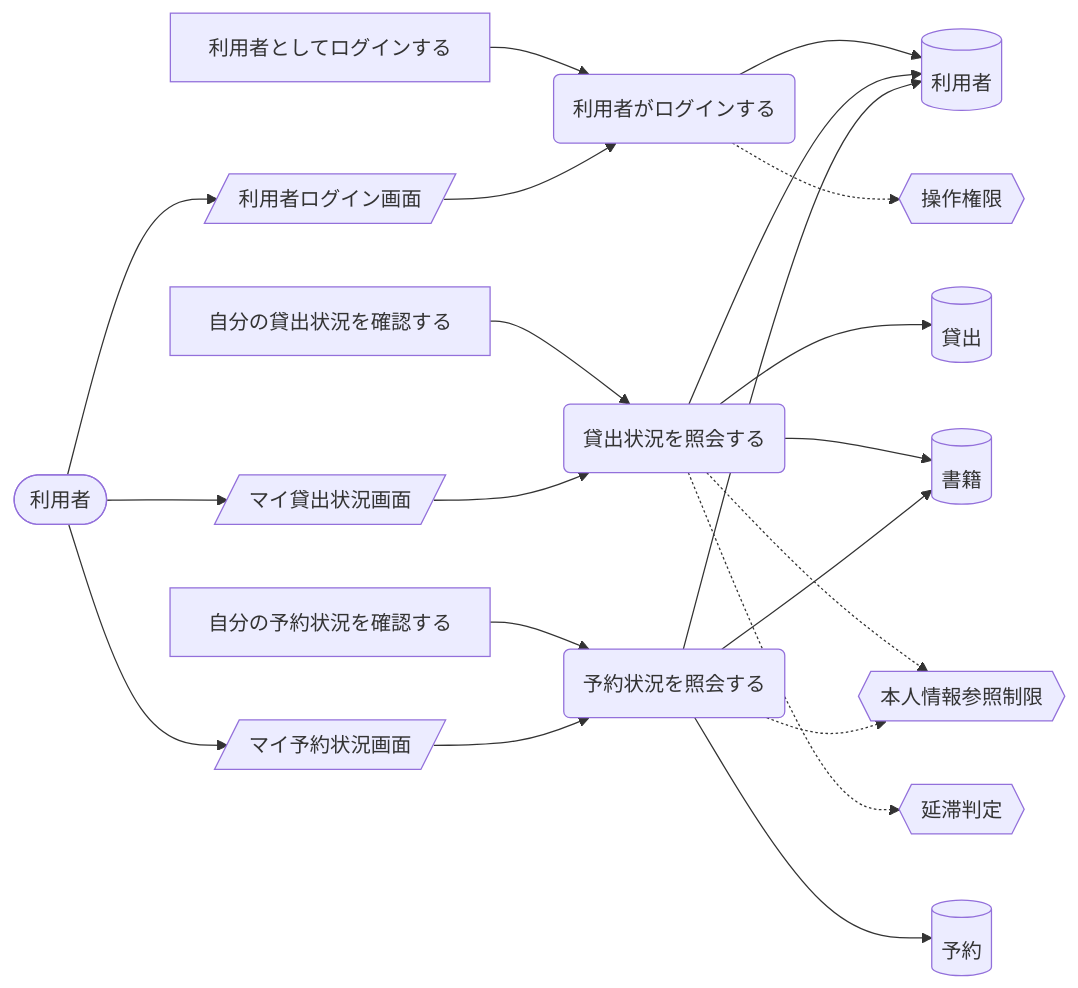
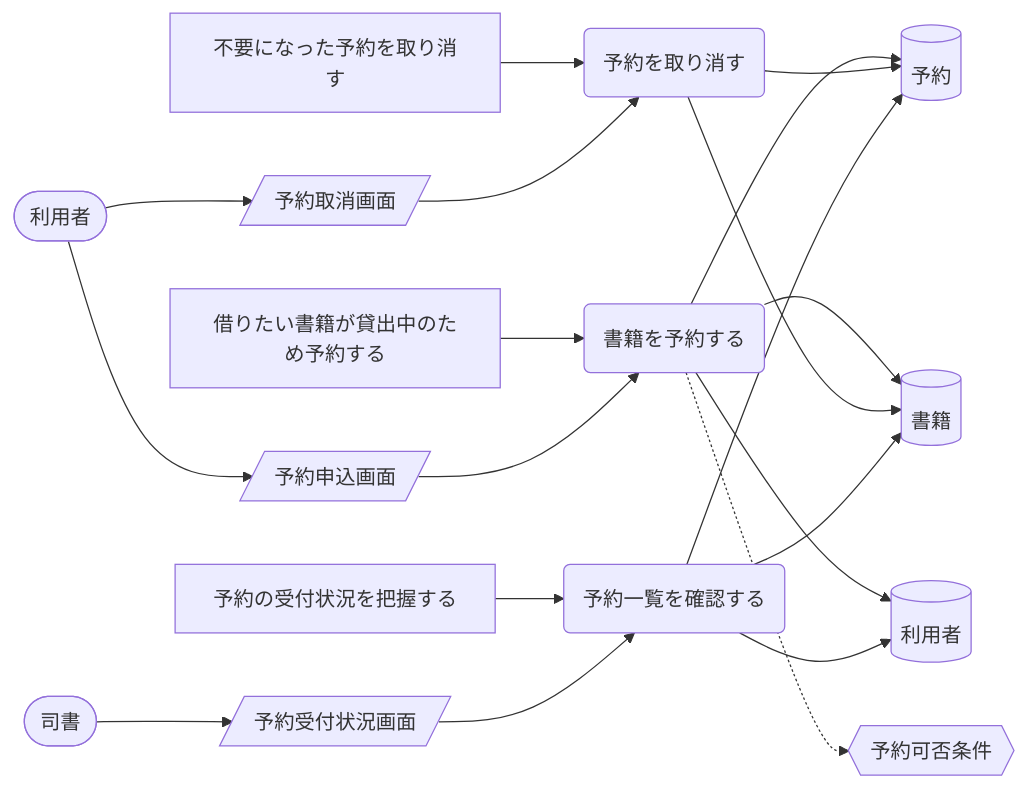
One commit to suwa-sh/suwa-sh-claude-plugins changed the eighth of 9 diagrams in samples/distillery2/library-loan/docs/requirements/rdra/views/04_UC複合図.md. Above: the diagram before and after it, drawn with Mermaid. The commit also changed other lines of this file and 249 other files, not shown here.

````diff
--- a/samples/distillery2/library-loan/docs/requirements/rdra/views/04_UC複合図.md
+++ b/samples/distillery2/library-loan/docs/requirements/rdra/views/04_UC複合図.md
@@ -362,40 +346,36 @@
 ```mermaid
 graph LR
-  UC1("利用者がログインする")
-  AT1["利用者としてログインする"]
-  IF1[("利用者")]
-  CD1{{"操作権限"}}
-  SC1[/"利用者ログイン画面"/]
+  UC1("書籍を予約する")
+  AT1["借りたい書籍が貸出中のため予約する"]
+  IF1[("予約")]
+  IF2[("書籍")]
+  IF3[("利用者")]
+  CD1{{"予約可否条件"}}
+  SC1[/"予約申込画面"/]
   AC1(["利用者"])
-  UC2("貸出状況を照会する")
-  AT2["自分の貸出状況を確認する"]
-  IF2[("貸出")]
-  IF3[("書籍")]
-  CD2{{"本人情報参照制限"}}
-  CD3{{"延滞判定"}}
-  SC2[/"マイ貸出状況画面"/]
-  UC3("予約状況を照会する")
-  AT3["自分の予約状況を確認する"]
-  IF4[("予約")]
-  SC3[/"マイ予約状況画面"/]
+  UC2("予約を取り消す")
+  AT2["不要になった予約を取り消す"]
+  SC2[/"予約取消画面"/]
+  UC3("予約一覧を確認する")
+  AT3["予約の受付状況を把握する"]
+  SC3[/"予約受付状況画面"/]
+  AC2(["司書"])
   AT1 --> UC1
   UC1 --> IF1
+  UC1 --> IF2
+  UC1 --> IF3
   UC1 -.-> CD1
   AC1 --> SC1
   SC1 --> UC1
   AT2 --> UC2
+  UC2 --> IF1
   UC2 --> IF2
-  UC2 --> IF1
-  UC2 --> IF3
-  UC2 -.-> CD2
-  UC2 -.-> CD3
   AC1 --> SC2
   SC2 --> UC2
   AT3 --> UC3
-  UC3 --> IF4
   UC3 --> IF1
+  UC3 --> IF2
   UC3 --> IF3
-  UC3 -.-> CD2
-  AC1 --> SC3
+  AC2 --> SC3
   SC3 --> UC3
 ```
````
